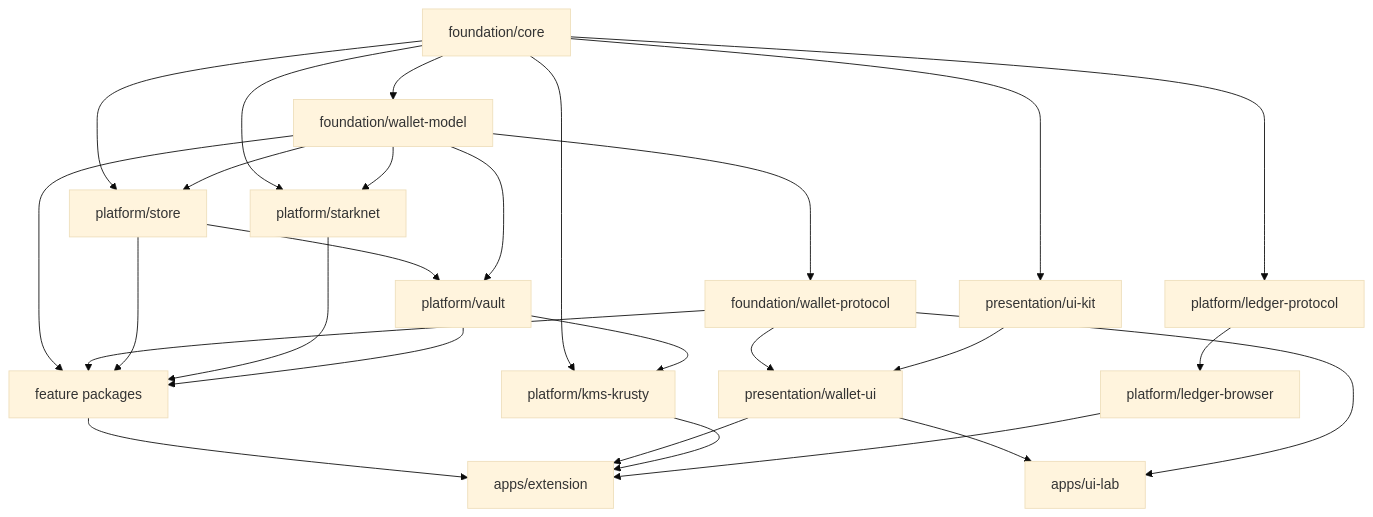
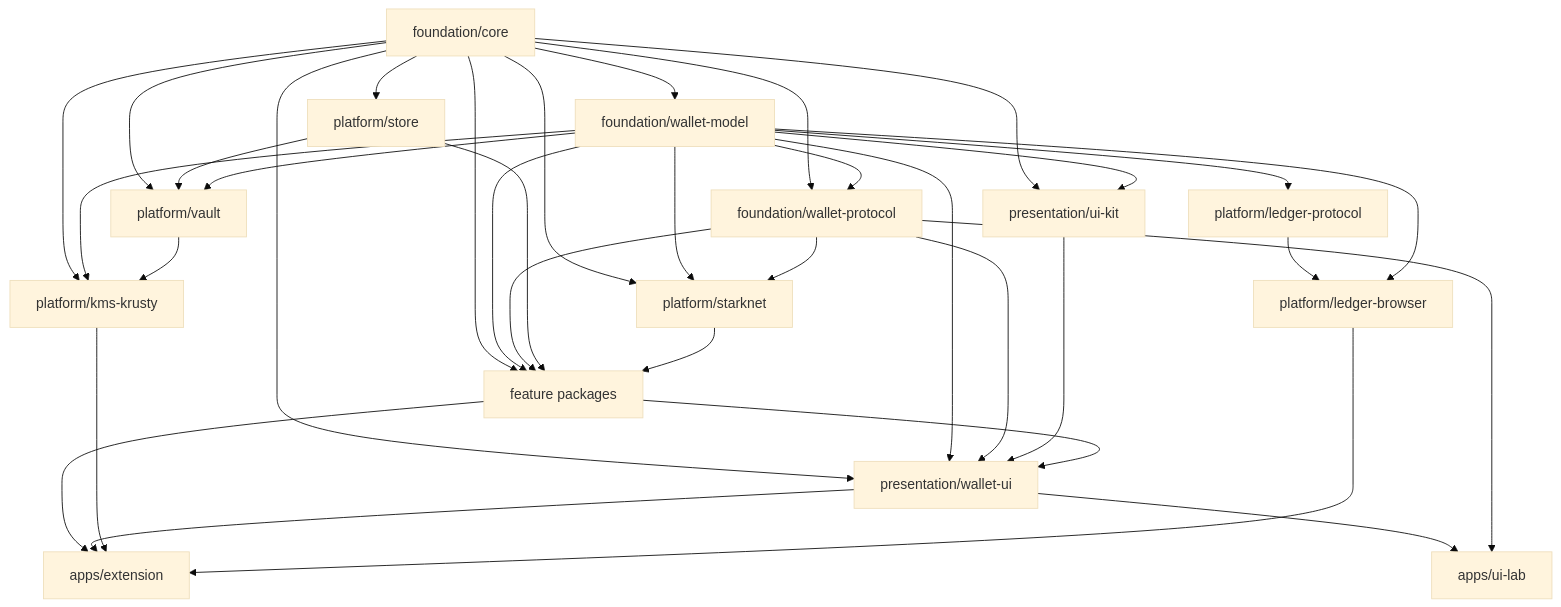
Before and after one commit to starknet-innovation/bramble: the diagram in docs/MODULAR_ARCHITECTURE.md, drawn with Mermaid (base theme). The commit also changed other lines of this file and 14 other files, not shown here.

Commit message:
refactor: harden workspace architecture

````diff
--- a/docs/MODULAR_ARCHITECTURE.md
+++ b/docs/MODULAR_ARCHITECTURE.md
@@ -140,44 +140,52 @@
 ```mermaid
 flowchart TD
     core[foundation/core]
     model[foundation/wallet-model]
     protocol[foundation/wallet-protocol]
     store[platform/store]
     vault[platform/vault]
     kms[platform/kms-krusty]
     starknet[platform/starknet]
     ledgerProtocol[platform/ledger-protocol]
     ledgerBrowser[platform/ledger-browser]
     features[feature packages]
     ui[presentation/ui-kit]
     walletUi[presentation/wallet-ui]
     extension[apps/extension]
     lab[apps/ui-lab]
 
     core --> model
+    core --> protocol
     model --> protocol
     core --> store
-    model --> store
+    core --> vault
     store --> vault
     model --> vault
     core --> kms
+    model --> kms
     vault --> kms
     core --> starknet
     model --> starknet
-    core --> ledgerProtocol
+    protocol --> starknet
+    model --> ledgerProtocol
     ledgerProtocol --> ledgerBrowser
+    model --> ledgerBrowser
+    core --> features
     model --> features
     protocol --> features
     store --> features
     starknet --> features
-    vault --> features
     core --> ui
+    model --> ui
+    core --> walletUi
+    model --> walletUi
     protocol --> walletUi
     ui --> walletUi
+    features --> walletUi
     features --> extension
     walletUi --> extension
     kms --> extension
     ledgerBrowser --> extension
     walletUi --> lab
     protocol --> lab
 ```
````
